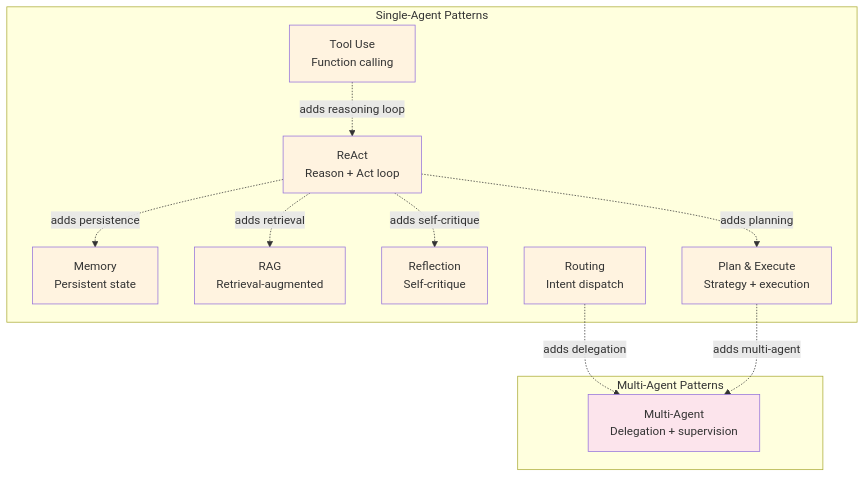
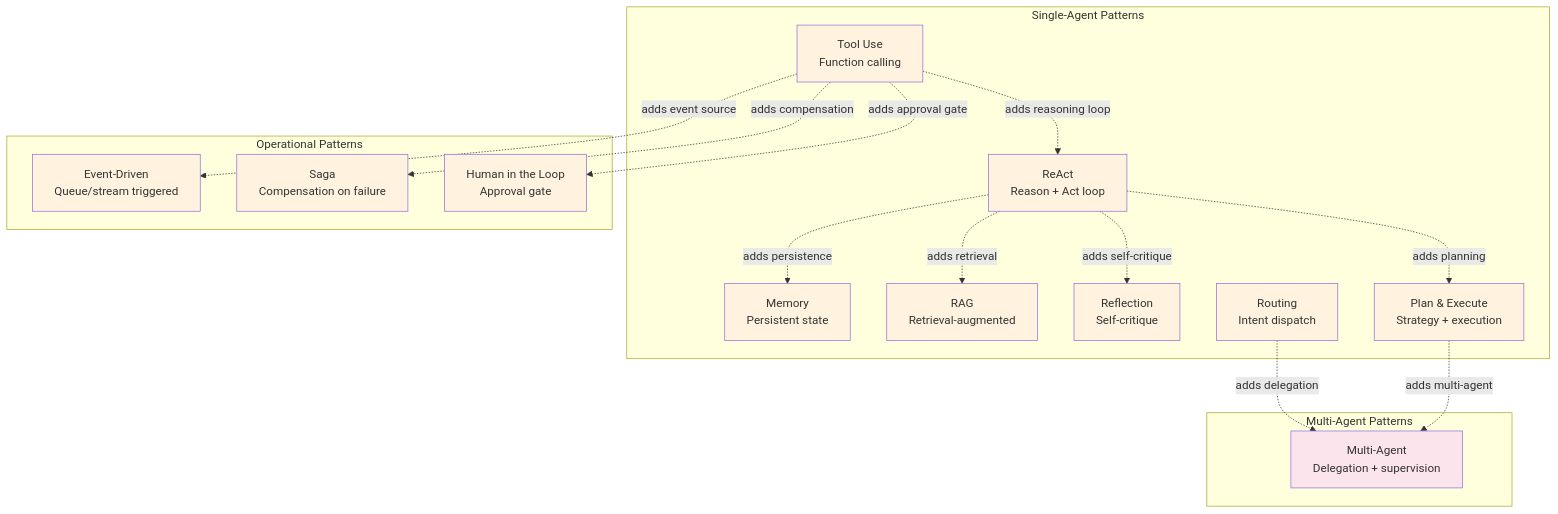
Before and after one commit to jagguvarma15/agent-blueprints: the diagram in patterns/README.md, drawn with Mermaid. The commit also changed other lines of this file, not shown here.

````diff
--- a/patterns/README.md
+++ b/patterns/README.md
@@ -19,32 +19,43 @@
 ```mermaid
 graph TD
     subgraph "Single-Agent Patterns"
         ReAct[ReAct<br/>Reason + Act loop]
         ToolUse[Tool Use<br/>Function calling]
         Memory[Memory<br/>Persistent state]
         RAG[RAG<br/>Retrieval-augmented]
         Reflection[Reflection<br/>Self-critique]
         Routing[Routing<br/>Intent dispatch]
         PlanExec[Plan & Execute<br/>Strategy + execution]
     end
     subgraph "Multi-Agent Patterns"
         MultiAgent[Multi-Agent<br/>Delegation + supervision]
     end
+    subgraph "Operational Patterns"
+        EventDriven[Event-Driven<br/>Queue/stream triggered]
+        Saga[Saga<br/>Compensation on failure]
+        HITL[Human in the Loop<br/>Approval gate]
+    end
 
     ToolUse -.->|"adds reasoning loop"| ReAct
     ReAct -.->|"adds planning"| PlanExec
     ReAct -.->|"adds retrieval"| RAG
     ReAct -.->|"adds self-critique"| Reflection
     ReAct -.->|"adds persistence"| Memory
     Routing -.->|"adds delegation"| MultiAgent
     PlanExec -.->|"adds multi-agent"| MultiAgent
+    ToolUse -.->|"adds event source"| EventDriven
+    ToolUse -.->|"adds compensation"| Saga
+    ToolUse -.->|"adds approval gate"| HITL
 
     style ReAct fill:#fff3e0
     style ToolUse fill:#fff3e0
     style Memory fill:#fff3e0
     style RAG fill:#fff3e0
     style Reflection fill:#fff3e0
     style Routing fill:#fff3e0
     style PlanExec fill:#fff3e0
     style MultiAgent fill:#fce4ec
+    style EventDriven fill:#fff3e0
+    style Saga fill:#fff3e0
+    style HITL fill:#fff3e0
 ```
````
